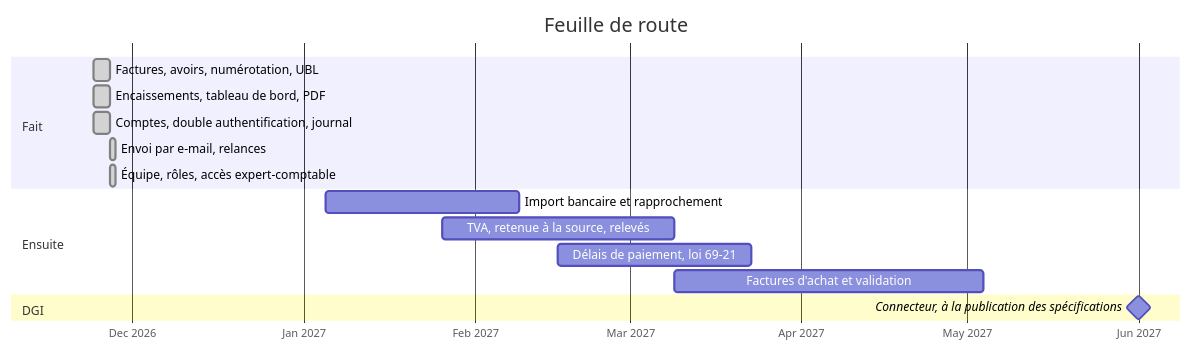
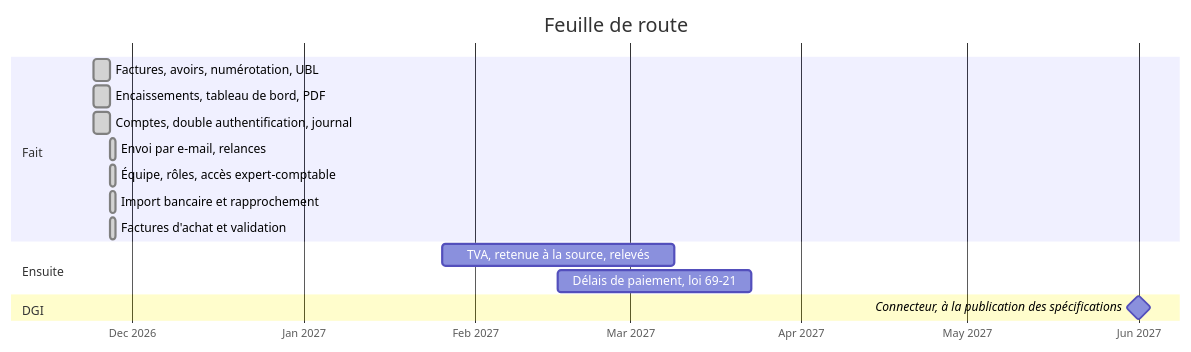
One commit to abderrahimghazali/tabaa changed the fourth of 4 diagrams in README.md. Above: the diagram before and after it, drawn with Mermaid. The commit also changed 80 other files, not shown here.

````diff
--- a/README.md
+++ b/README.md
@@ -232,19 +232,19 @@
 ```mermaid
 gantt
     title Feuille de route
     dateFormat YYYY-MM-DD
     axisFormat %b %Y
     section Fait
     Factures, avoirs, numérotation, UBL      :done, 2026-11-24, 3d
     Encaissements, tableau de bord, PDF      :done, 2026-11-24, 3d
     Comptes, double authentification, journal :done, 2026-11-24, 3d
     Envoi par e-mail, relances               :done, 2026-11-27, 1d
     Équipe, rôles, accès expert-comptable    :done, 2026-11-27, 1d
+    Import bancaire et rapprochement         :done, 2026-11-27, 1d
+    Factures d'achat et validation           :done, 2026-11-27, 1d
     section Ensuite
-    Import bancaire et rapprochement         :2027-01-05, 5w
     TVA, retenue à la source, relevés        :2027-01-26, 6w
     Délais de paiement, loi 69-21            :2027-02-16, 5w
-    Factures d'achat et validation           :2027-03-09, 8w
     section DGI
     Connecteur, à la publication des spécifications :milestone, 2027-06-01, 0d
 ```
````
